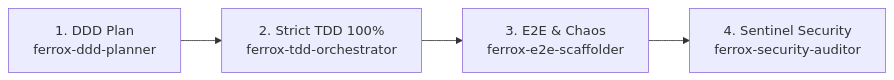
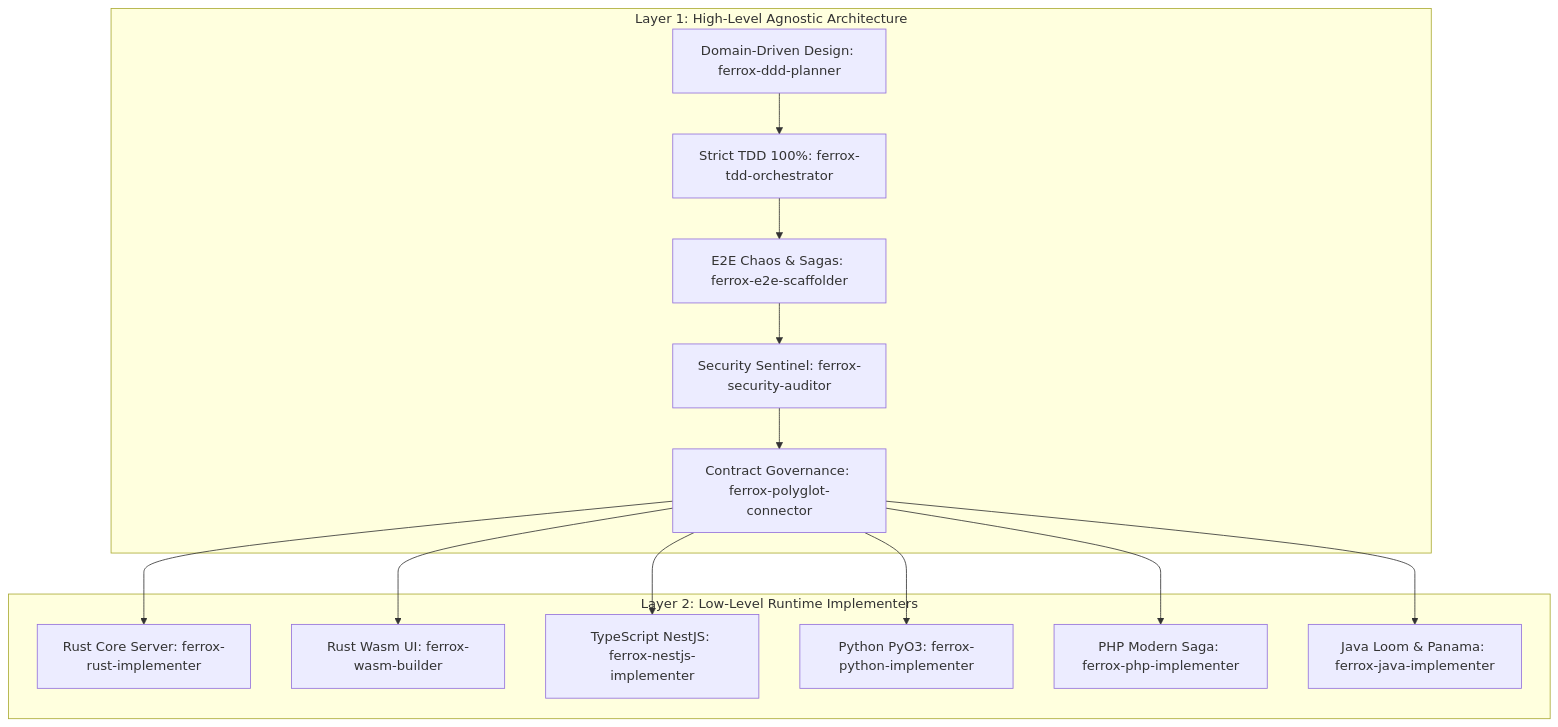
Before and after one commit to AI-Autistic-Intelligence/ferrox-agent-toolkit: the diagram in AGENTS.md, drawn with Mermaid. The commit also changed other lines of this file and 25 other files, not shown here.

Commit message:
feat: complete dual-layer architecture with 14 rules, 13 skills, and 7 agents

````diff
--- a/AGENTS.md
+++ b/AGENTS.md
@@ -6,6 +6,18 @@
 ```mermaid
-graph LR
-    Plan[1. DDD Plan<br/>ferrox-ddd-planner] --> TDD[2. Strict TDD 100%<br/>ferrox-tdd-orchestrator]
-    TDD --> E2E[3. E2E & Chaos<br/>ferrox-e2e-scaffolder]
-    E2E --> Sec[4. Sentinel Security<br/>ferrox-security-auditor]
+graph TD
+    subgraph Layer 1: High-Level Agnostic Architecture
+        DDD[Domain-Driven Design: ferrox-ddd-planner] --> TDD[Strict TDD 100%: ferrox-tdd-orchestrator]
+        TDD --> E2E[E2E Chaos & Sagas: ferrox-e2e-scaffolder]
+        E2E --> Sec[Security Sentinel: ferrox-security-auditor]
+        Sec --> Gov[Contract Governance: ferrox-polyglot-connector]
+    end
+
+    subgraph Layer 2: Low-Level Runtime Implementers
+        Gov --> R1[Rust Core Server: ferrox-rust-implementer]
+        Gov --> R2[Rust Wasm UI: ferrox-wasm-builder]
+        Gov --> R3[TypeScript NestJS: ferrox-nestjs-implementer]
+        Gov --> R4[Python PyO3: ferrox-python-implementer]
+        Gov --> R5[PHP Modern Saga: ferrox-php-implementer]
+        Gov --> R6[Java Loom & Panama: ferrox-java-implementer]
+    end
 ```
````
